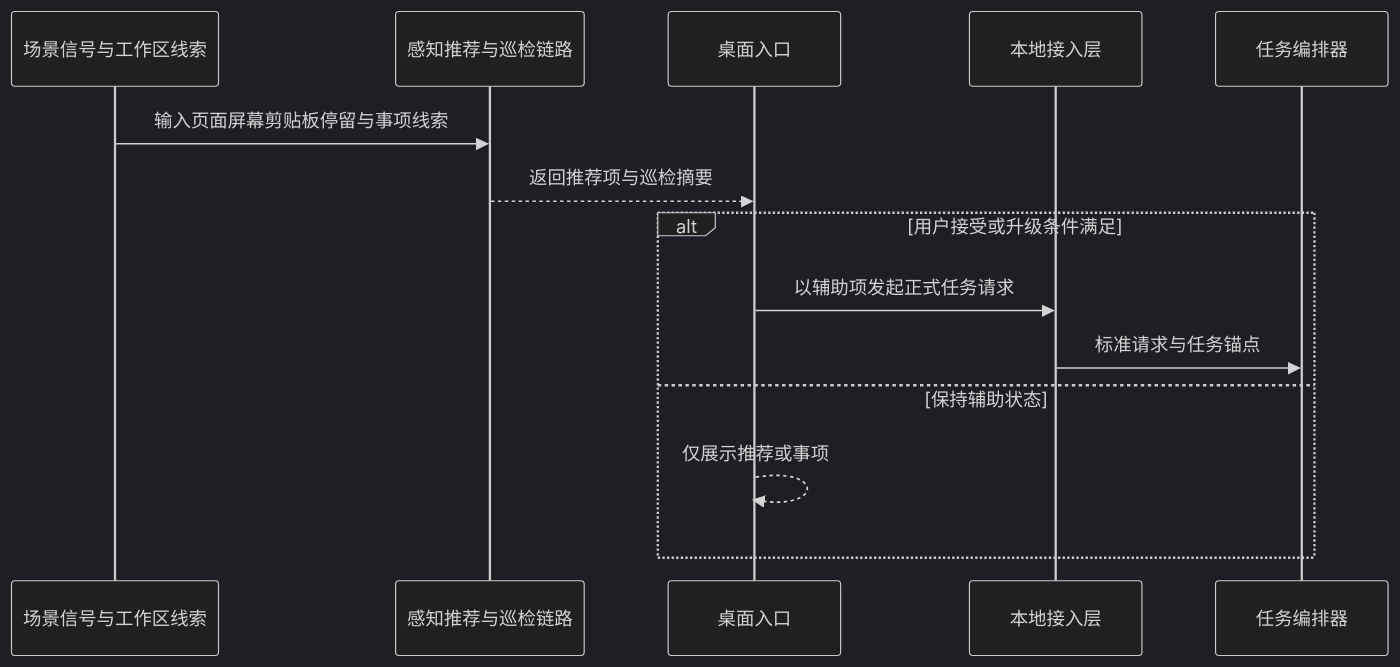
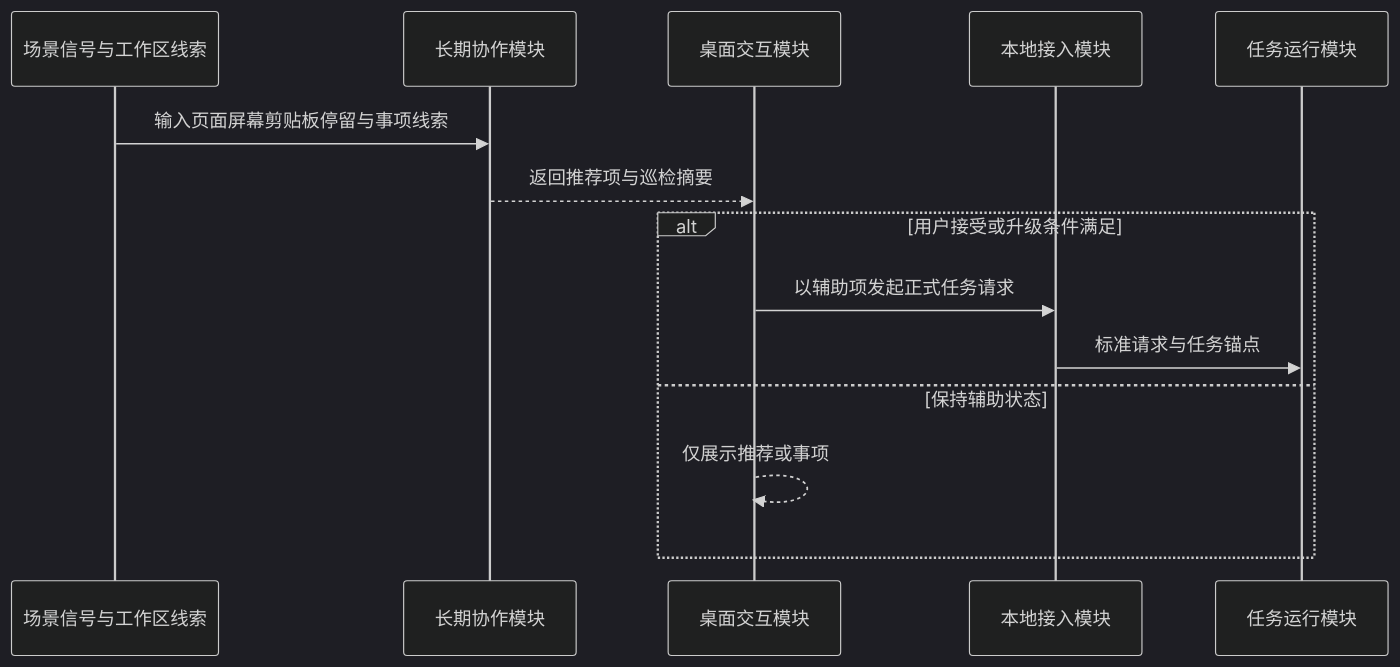
One commit to 1024XEngineer/CialloClaw changed the sixth of 7 diagrams in docs/architecture-overview.md. Above: the diagram before and after it, drawn with Mermaid (dark theme). The commit also changed other lines of this file, not shown here.

Commit message:
docs: update architecture overview module framing

````diff
--- a/docs/architecture-overview.md
+++ b/docs/architecture-overview.md
@@ -596,17 +708,17 @@
 ```mermaid
 sequenceDiagram
     participant SIG as 场景信号与工作区线索
-    participant AUX as 感知推荐与巡检链路
-    participant UI as 桌面入口
-    participant RPC as 本地接入层
-    participant OR as 任务编排器
+    participant AUX as 长期协作模块
+    participant UI as 桌面交互模块
+    participant RPC as 本地接入模块
+    participant RUN as 任务运行模块
 
     SIG->>AUX: 输入页面屏幕剪贴板停留与事项线索
     AUX-->>UI: 返回推荐项与巡检摘要
     alt 用户接受或升级条件满足
         UI->>RPC: 以辅助项发起正式任务请求
-        RPC->>OR: 标准请求与任务锚点
+        RPC->>RUN: 标准请求与任务锚点
     else 保持辅助状态
         UI-->>UI: 仅展示推荐或事项
     end
 ```
````
